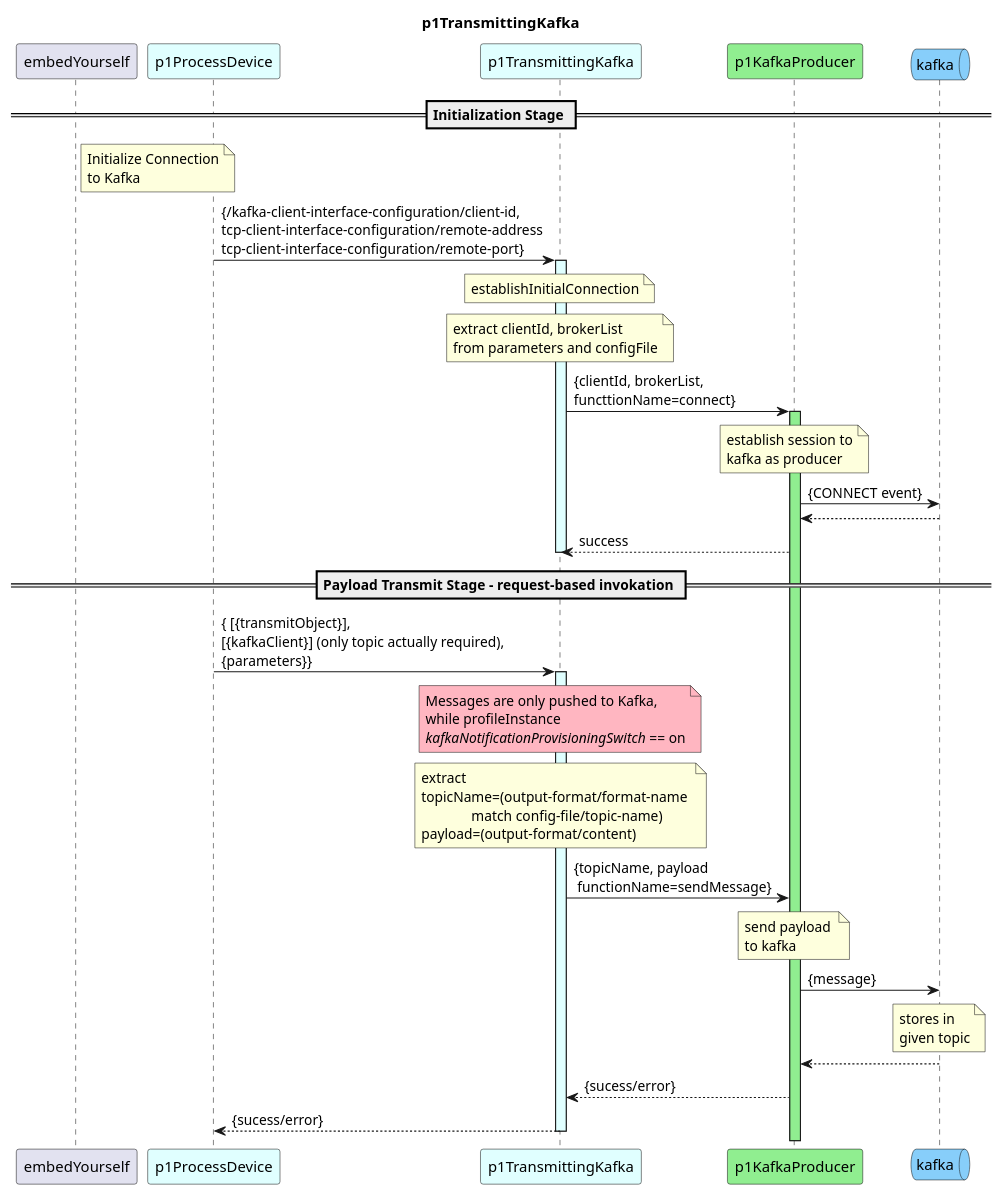
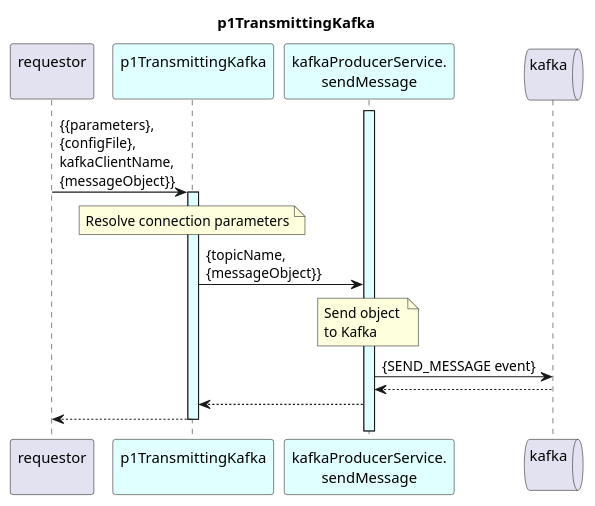
One commit to openBackhaul/DevicePerformanceManagementDataProcessor changed the diagram in spec/Functions/specificFunctions/p1StreamPmData/p1ProcessDevice/p1TransmittingKafka/1.0.0/p1TransmittingKafka.plantuml. Above: the diagram before and after it, drawn with PlantUML. The commit also changed 8 other files, not shown here.

Commit message:
Add p1TransmittingKafka

```diff
--- a/spec/Functions/specificFunctions/p1StreamPmData/p1ProcessDevice/p1TransmittingKafka/1.0.0/p1TransmittingKafka.plantuml
+++ b/spec/Functions/specificFunctions/p1StreamPmData/p1ProcessDevice/p1TransmittingKafka/1.0.0/p1TransmittingKafka.plantuml
@@ -1,84 +1,37 @@
 @startuml p1TransmittingKafka
 skinparam responseMessageBelowArrow true
 
 title
-p1TransmittingKafka
+  p1TransmittingKafka
 end title
 
-participant "embedYourself" as embed
-participant "p1ProcessDevice" as p1ProPm #LightCyan
-participant "p1TransmittingKafka" as p1Trans #LightCyan
-participant "p1KafkaProducer" as p1KafkaP #LightGreen
-queue "kafka" as kafka #LightSkyBlue
+participant "requestor\n" as requestor
+participant "p1TransmittingKafka\n" as p1Trans #LightCyan
+participant "kafkaProducerService.\nsendMessage" as p1KafkaP #LightCyan
+queue "kafka\n" as kafka
 
-== Initialization Stage ==
-note right embed
-Initialize Connection
-to Kafka
-end note
+activate p1KafkaP #LightCyan
 
-p1ProPm -> p1Trans : {/kafka-client-interface-configuration/client-id,\ntcp-client-interface-configuration/remote-address\ntcp-client-interface-configuration/remote-port}
-
+requestor -> p1Trans : {{parameters},\n{configFile},\nkafkaClientName,\n{messageObject}}
 activate p1Trans #LightCyan
 
-note over p1Trans
-establishInitialConnection
-end note
+  note over p1Trans
+    Resolve connection parameters
+  end note
 
-note over p1Trans
-extract clientId, brokerList 
-from parameters and configFile
-end note
+  p1Trans -> p1KafkaP : {topicName,\n{messageObject}}
 
-p1Trans -> p1KafkaP : {clientId, brokerList, \nfuncttionName=connect}
-activate p1KafkaP #LightGreen
+    note over p1KafkaP
+      Send object 
+      to Kafka
+    end note
 
-note over p1KafkaP
-establish session to
-kafka as producer
-end note
-p1KafkaP -> kafka : {CONNECT event}
-kafka --> p1KafkaP
-p1KafkaP --> p1Trans : success
+    p1KafkaP -> kafka : {SEND_MESSAGE event}
+    p1KafkaP <-- kafka
 
-deactivate p1Trans
+  p1Trans <-- p1KafkaP
 
-== Payload Transmit Stage - request-based invokation == 
-p1ProPm -> p1Trans : { [{transmitObject}],\n[{kafkaClient}] (only topic actually required),\n{parameters}}
-activate p1Trans #LightCyan
-
-note over p1Trans#LightPink
-  Messages are only pushed to Kafka,
-  while profileInstance
-  <i>kafkaNotificationProvisioningSwitch</i> == on
-end note
-
-note over p1Trans
-extract 
-topicName=(output-format/format-name 
-              match config-file/topic-name)
-payload=(output-format/content)
-end note
-
-p1Trans -> p1KafkaP : {topicName, payload \n functionName=sendMessage}
-
-note over p1KafkaP
-send payload 
-to kafka
-end note
-
-p1KafkaP -> kafka : {message}
-note over kafka
-stores in 
-given topic
-end note
-
-kafka --> p1KafkaP
-
-p1KafkaP --> p1Trans : {sucess/error}
-
-
-p1Trans --> p1ProPm : {sucess/error}
+requestor <-- p1Trans
 deactivate p1Trans
 
 @enduml
```
